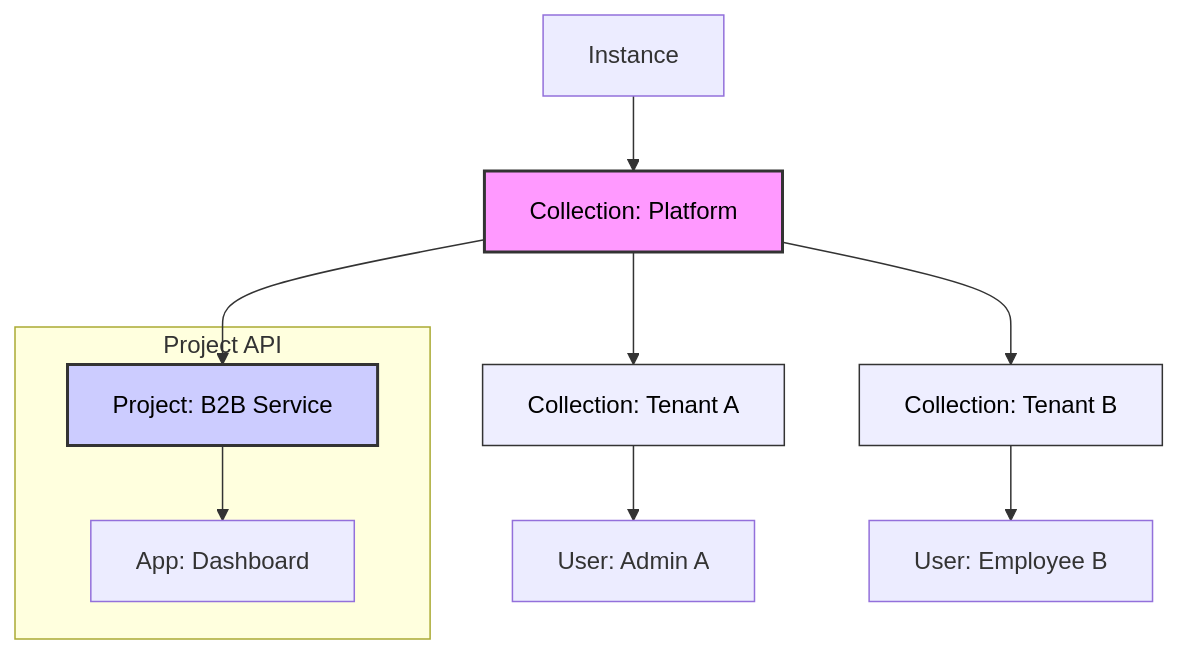
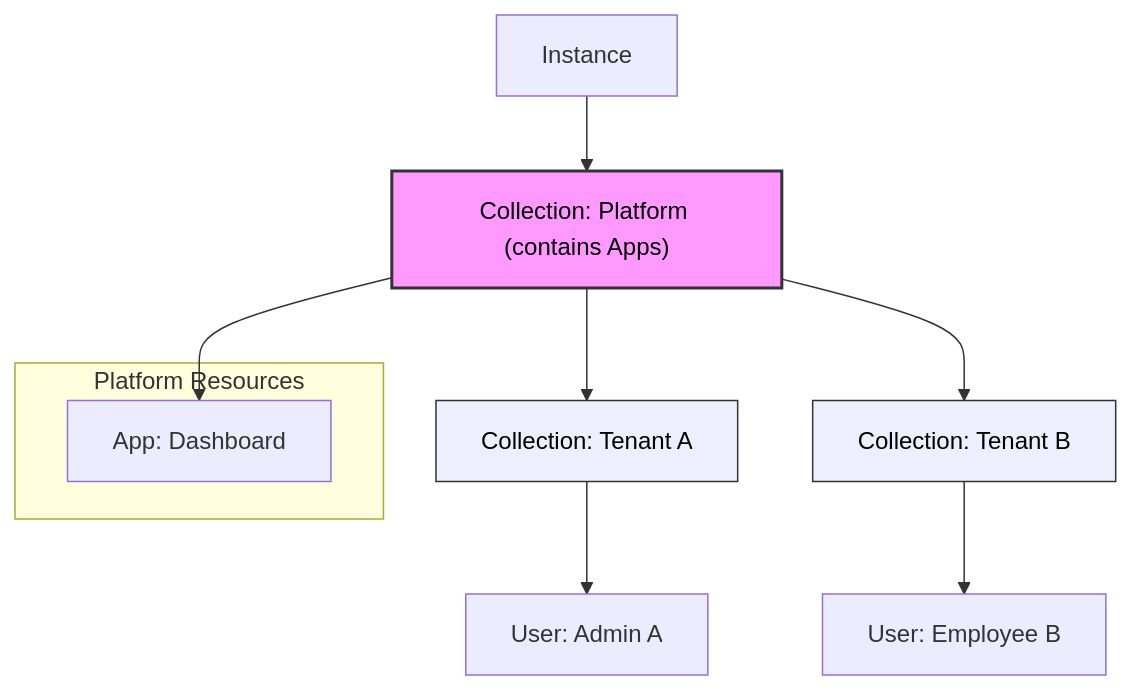
One commit to zitadel/zitadel changed the fourth of 4 diagrams in aether_radical.md. Above: the diagram before and after it, drawn with Mermaid. The commit also changed other lines of this file, not shown here.

Commit message:
remove project concept

````diff
--- a/aether_radical.md
+++ b/aether_radical.md
@@ -191,31 +192,28 @@
 ```mermaid
 graph TD
     Instance[Instance]
-    Platform["Collection: Platform"]
+    Platform["Collection: Platform (contains Apps)"]
 
-    subgraph "Project API"
-        Project["Project: B2B Service"]
+    subgraph "Platform Resources"
         App["App: Dashboard"]
     end
 
     TenantA["Collection: Tenant A"]
     UserA["User: Admin A"]
 
     TenantB["Collection: Tenant B"]
     UserB["User: Employee B"]
 
     Instance --> Platform
-    Platform --> Project
     Platform --> TenantA
     Platform --> TenantB
 
-    Project --> App
+    Platform --> App
 
     TenantA --> UserA
     TenantB --> UserB
 
     style Platform fill:#f9f,stroke:#333,stroke-width:2px,color:#000
-    style Project fill:#ccf,stroke:#333,stroke-width:2px,color:#000
     style TenantA fill:#eef,stroke:#333,stroke-width:1px,color:#000
     style TenantB fill:#eef,stroke:#333,stroke-width:1px,color:#000
 ```
````
